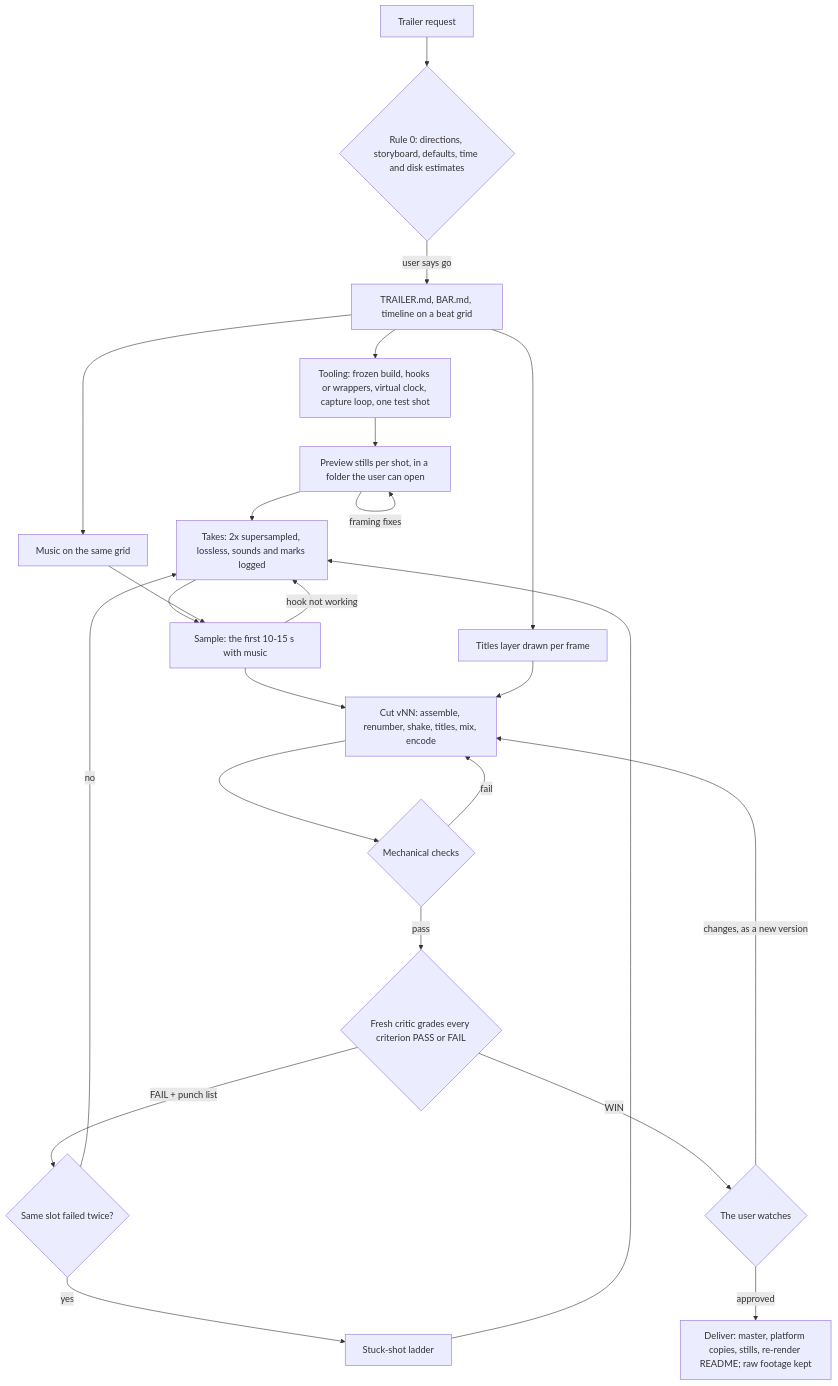
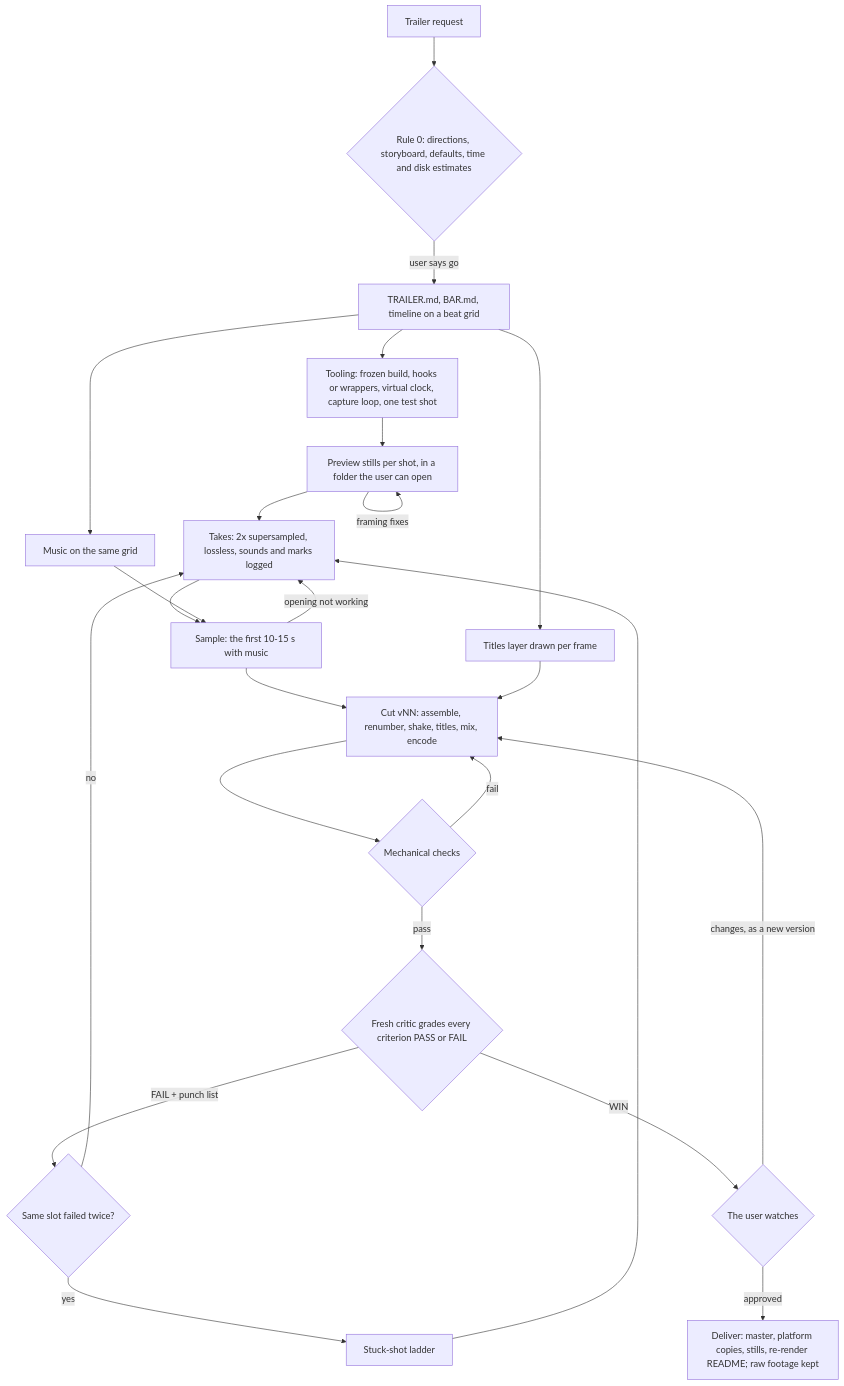
One commit to ASHR12/launch-trailer-skill changed the diagram in README.md. Above: the diagram before and after it, drawn with Mermaid. The commit also changed other lines of this file and 12 other files, not shown here.

````diff
--- a/README.md
+++ b/README.md
@@ -15,25 +15,25 @@
 ```mermaid
 flowchart TD
     A["Trailer request"] --> R0{"Rule 0: directions, storyboard, defaults, time and disk estimates"}
     R0 -- "user says go" --> B["TRAILER.md, BAR.md, timeline on a beat grid"]
     B --> T["Tooling: frozen build, hooks or wrappers, virtual clock, capture loop, one test shot"]
     T --> P["Preview stills per shot, in a folder the user can open"]
     P -- "framing fixes" --> P
     P --> K["Takes: 2x supersampled, lossless, sounds and marks logged"]
     B --> M["Music on the same grid"]
     B --> TL["Titles layer drawn per frame"]
     K --> S["Sample: the first 10-15 s with music"]
     M --> S
-    S -- "hook not working" --> K
+    S -- "opening not working" --> K
     S --> C["Cut vNN: assemble, renumber, shake, titles, mix, encode"]
     TL --> C
     C --> X{"Mechanical checks"}
     X -- "fail" --> C
     X -- "pass" --> F{"Fresh critic grades every criterion PASS or FAIL"}
     F -- "FAIL + punch list" --> D{"Same slot failed twice?"}
     D -- "yes" --> L["Stuck-shot ladder"] --> K
     D -- "no" --> K
     F -- "WIN" --> U{"The user watches"}
     U -- "changes, as a new version" --> C
     U -- "approved" --> H["Deliver: master, platform copies, stills, re-render README; raw footage kept"]
 ```
````
